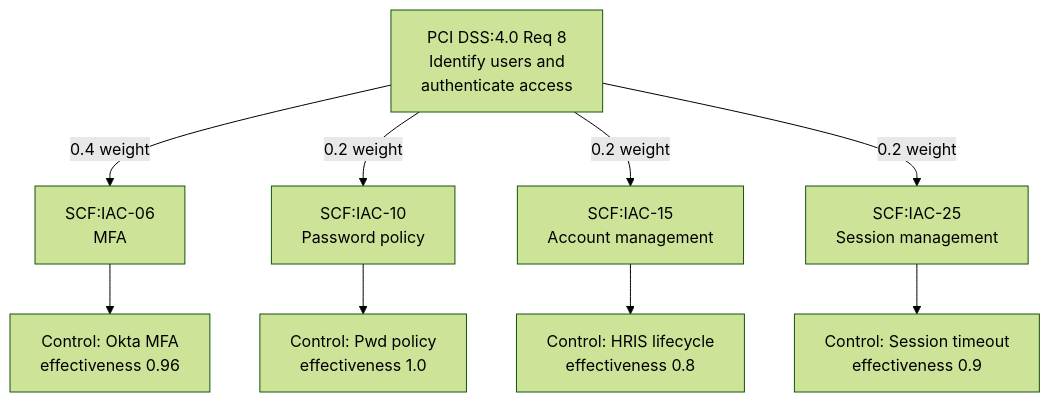
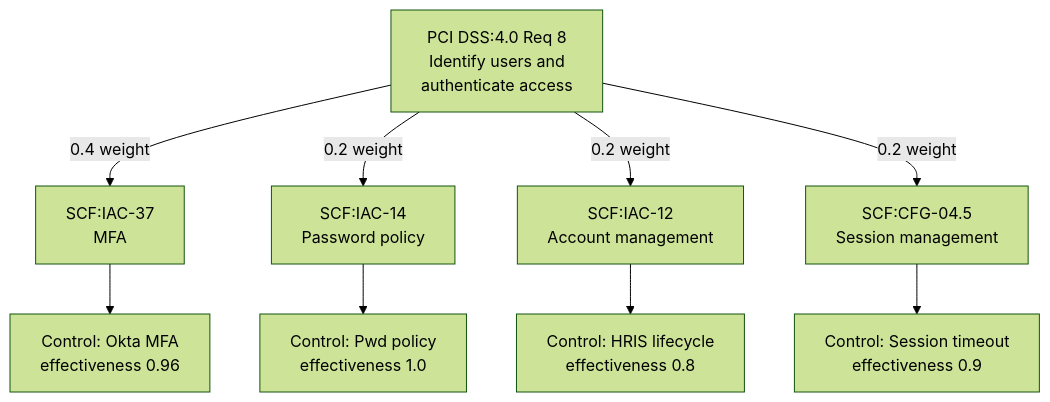
Before and after one commit to mgoodric/security-atlas: the fifth of 5 diagrams in Plans/UCF_GRAPH_MODEL.md, drawn with Mermaid (forest theme). The commit also changed other lines of this file and 207 other files, not shown here.

First line of the commit message:
fix(catalog): re-anchor the IAC sample rows to SCF 2026.3 (#1971)

````diff
--- a/Plans/UCF_GRAPH_MODEL.md
+++ b/Plans/UCF_GRAPH_MODEL.md
@@ -219,14 +219,14 @@
 ```mermaid
 graph TB
     REQ[PCI DSS:4.0 Req 8<br/>Identify users and<br/>authenticate access]
 
-    REQ -- "0.4 weight" --> S1[SCF:IAC-06<br/>MFA]
-    REQ -- "0.2 weight" --> S2[SCF:IAC-10<br/>Password policy]
-    REQ -- "0.2 weight" --> S3[SCF:IAC-15<br/>Account management]
-    REQ -- "0.2 weight" --> S4[SCF:IAC-25<br/>Session management]
+    REQ -- "0.4 weight" --> S1[SCF:IAC-37<br/>MFA]
+    REQ -- "0.2 weight" --> S2[SCF:IAC-14<br/>Password policy]
+    REQ -- "0.2 weight" --> S3[SCF:IAC-12<br/>Account management]
+    REQ -- "0.2 weight" --> S4[SCF:CFG-04.5<br/>Session management]
 
     S1 --> C1[Control: Okta MFA<br/>effectiveness 0.96]
     S2 --> C2[Control: Pwd policy<br/>effectiveness 1.0]
     S3 --> C3[Control: HRIS lifecycle<br/>effectiveness 0.8]
     S4 --> C4[Control: Session timeout<br/>effectiveness 0.9]
 ```
````
